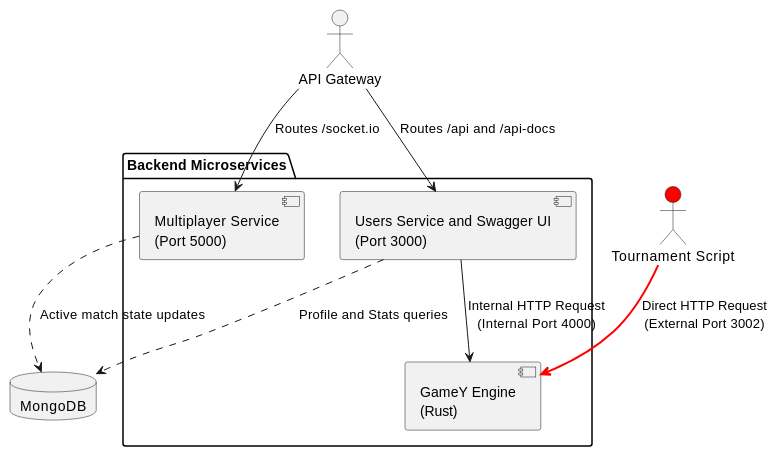
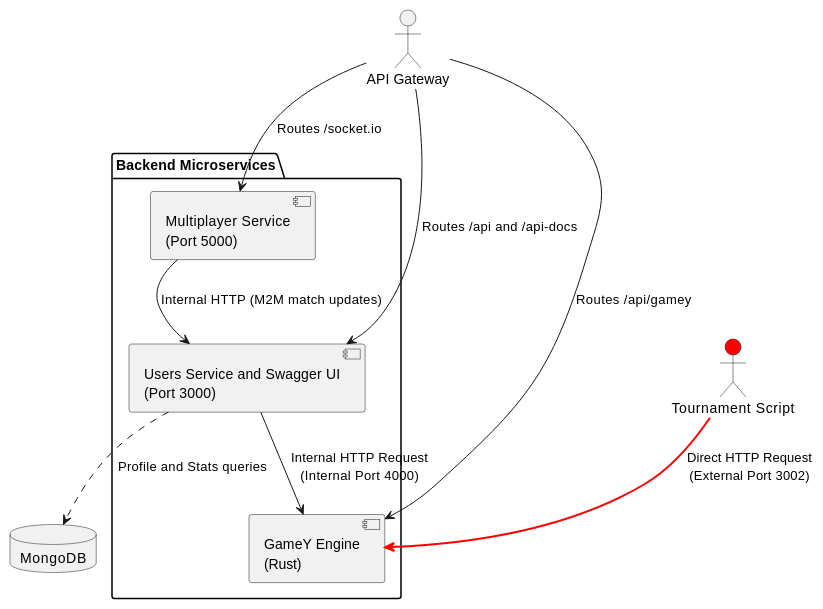
The second of 2 diagrams in docs/src/05_building_block_view.adoc (Arquisoft/yovi_es1a), drawn with PlantUML before and after one commit. The commit also changed other lines of this file and 2 other files, not shown here.

```diff
--- a/docs/src/05_building_block_view.adoc
+++ b/docs/src/05_building_block_view.adoc
@@ -58,23 +58,24 @@
 [plantuml]
 ----
 @startuml
 actor "API Gateway" as gateway
 actor "Tournament Script" as tourney #Red
 
 package "Backend Microservices" {
     component "Users Service and Swagger UI\n(Port 3000)" as users
     component "Multiplayer Service\n(Port 5000)" as multi
     component "GameY Engine\n(Rust)" as gamey
 }
 
 database "MongoDB" as db
 
 gateway --> users : Routes /api and /api-docs
 gateway --> multi : Routes /socket.io
+gateway --> gamey : Routes /api/gamey
 tourney -[#red,bold]-> gamey : Direct HTTP Request\n(External Port 3002)
 
 users --> gamey : Internal HTTP Request\n(Internal Port 4000)
+multi --> users : Internal HTTP (M2M match updates)
 users ..> db : Profile and Stats queries
-multi ..> db : Active match state updates
 @enduml
 ----
```
